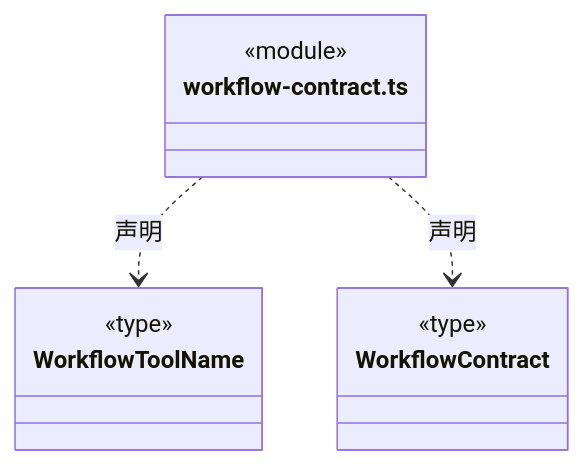
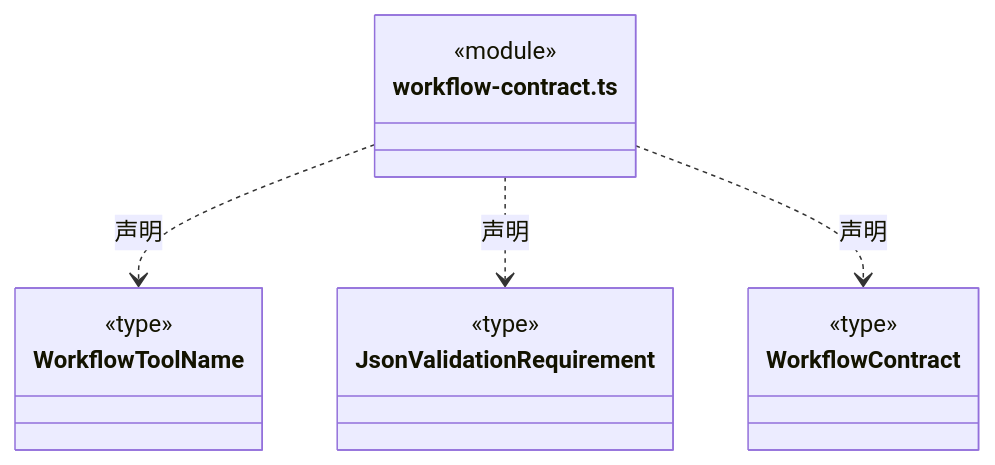
The sixth of 8 diagrams in src/backend/core/workspace/ARCHITECTURE.md (nan023062/cbim), drawn with Mermaid before and after one commit. The commit also changed other lines of this file and 72 other files, not shown here.

First line of the commit message:
feat: 接通冻结 Workflow 的 JSON 产物验证与当前文件复核

````diff
--- a/src/backend/core/workspace/ARCHITECTURE.md
+++ b/src/backend/core/workspace/ARCHITECTURE.md
@@ -72,16 +129,21 @@
 ```mermaid
 classDiagram
 class N_src_backend_core_workspace_workflow_contract_ts["workflow-contract.ts"] {
   <<module>>
 }
 class N_src_backend_core_workspace_workflow_contract_ts_WorkflowToolName["WorkflowToolName"] {
   <<type>>
 
 }
 N_src_backend_core_workspace_workflow_contract_ts ..> N_src_backend_core_workspace_workflow_contract_ts_WorkflowToolName : 声明
+class N_src_backend_core_workspace_workflow_contract_ts_JsonValidationRequirement["JsonValidationRequirement"] {
+  <<type>>
+
+}
+N_src_backend_core_workspace_workflow_contract_ts ..> N_src_backend_core_workspace_workflow_contract_ts_JsonValidationRequirement : 声明
 class N_src_backend_core_workspace_workflow_contract_ts_WorkflowContract["WorkflowContract"] {
   <<type>>
 
 }
 N_src_backend_core_workspace_workflow_contract_ts ..> N_src_backend_core_workspace_workflow_contract_ts_WorkflowContract : 声明
 ```
````
